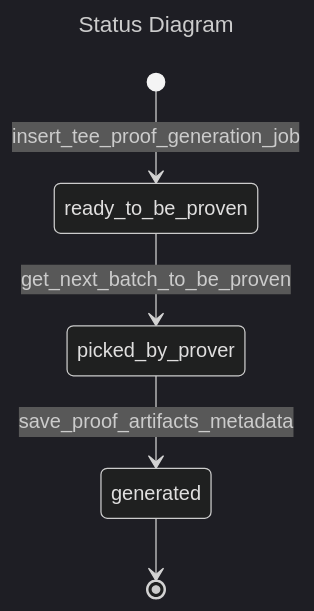
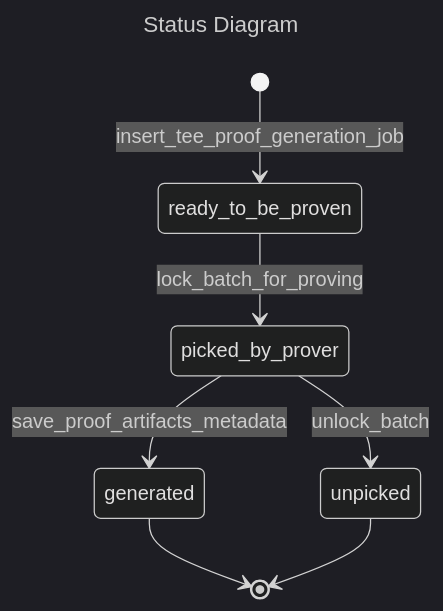
Before and after one commit to matter-labs/zksync-era: the diagram in core/lib/dal/doc/TeeProofGenerationDal.md, drawn with Mermaid (dark theme). The commit also changed 7 other files, not shown here.

````diff
--- a/core/lib/dal/doc/TeeProofGenerationDal.md
+++ b/core/lib/dal/doc/TeeProofGenerationDal.md
@@ -9,11 +9,13 @@
 ```mermaid
 ---
 title: Status Diagram
 ---
 stateDiagram-v2
 [*] --> ready_to_be_proven : insert_tee_proof_generation_job
-ready_to_be_proven --> picked_by_prover : get_next_batch_to_be_proven
+ready_to_be_proven --> picked_by_prover : lock_batch_for_proving
 picked_by_prover --> generated : save_proof_artifacts_metadata
 generated --> [*]
 
+picked_by_prover --> unpicked : unlock_batch
+unpicked --> [*]
 ```
````
